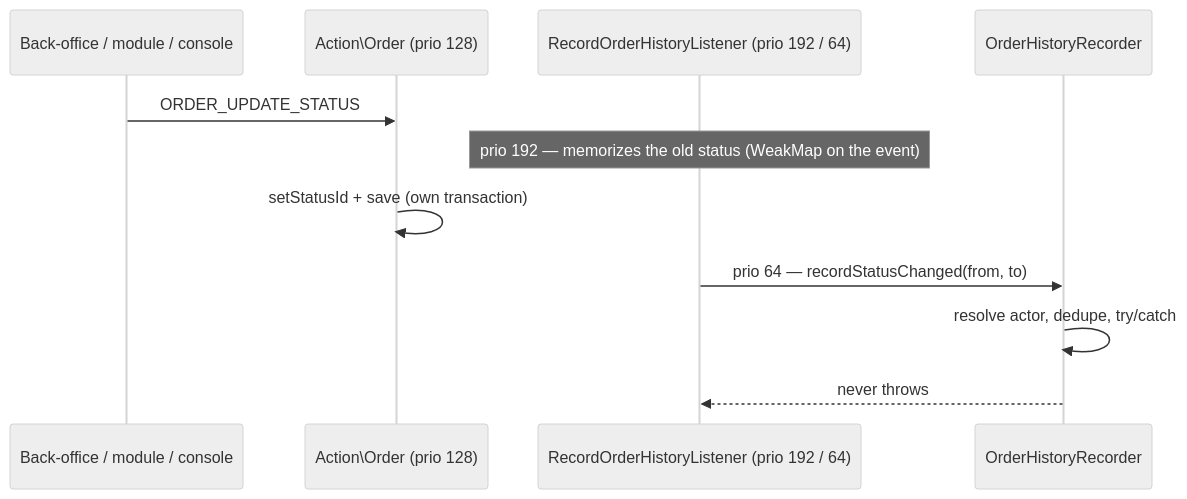
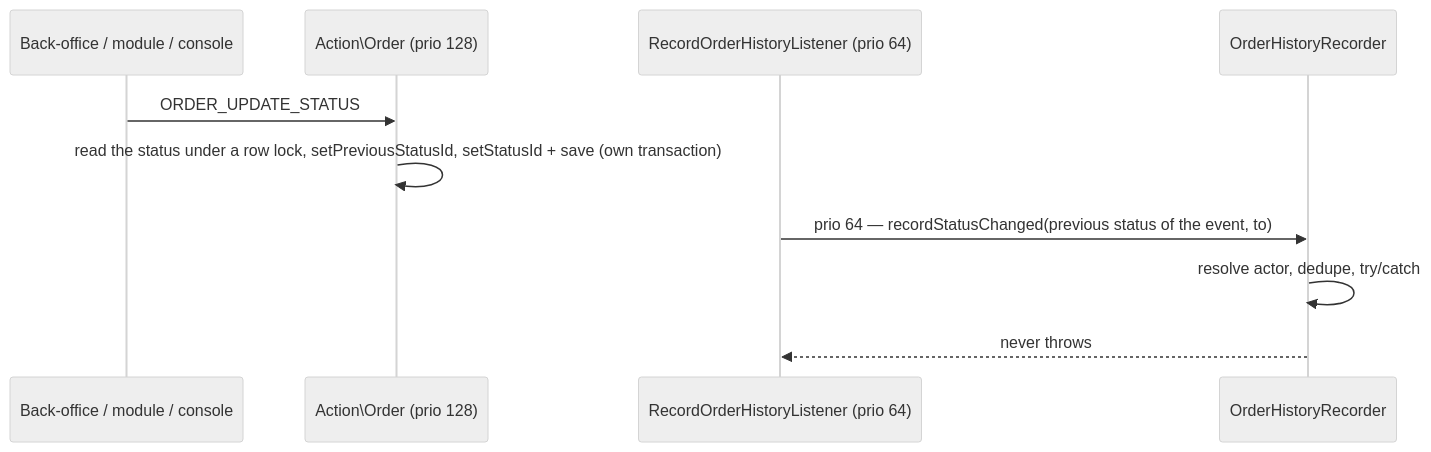
Before and after one commit to thelia/thelia: the second of 2 diagrams in docs/order-history.md, drawn with Mermaid (neutral theme). The commit also changed 2 other files, not shown here.

Commit message:
docs(payment): describe the payment journal and the capture, and record them in the changelog

````diff
--- a/docs/order-history.md
+++ b/docs/order-history.md
@@ -67,14 +67,13 @@
 ```mermaid
 sequenceDiagram
     participant BO as Back-office / module / console
     participant Core as Action\Order (prio 128)
-    participant L as RecordOrderHistoryListener (prio 192 / 64)
+    participant L as RecordOrderHistoryListener (prio 64)
     participant R as OrderHistoryRecorder
 
     BO->>Core: ORDER_UPDATE_STATUS
-    Note over L: prio 192 — memorizes the old status (WeakMap on the event)
-    Core->>Core: setStatusId + save (own transaction)
-    L->>R: prio 64 — recordStatusChanged(from, to)
+    Core->>Core: read the status under a row lock, setPreviousStatusId, setStatusId + save (own transaction)
+    L->>R: prio 64 — recordStatusChanged(previous status of the event, to)
     R->>R: resolve actor, dedupe, try/catch
     R-->>L: never throws
 ```
````
